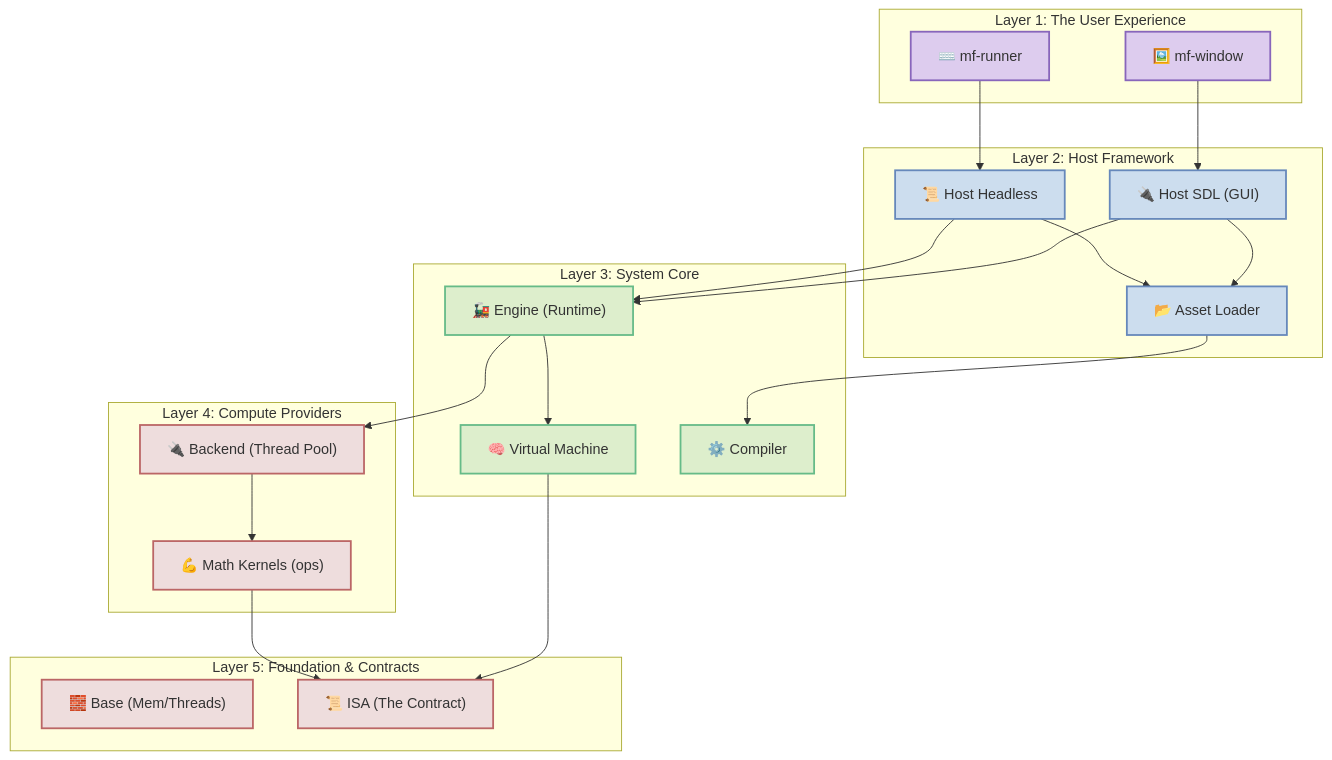
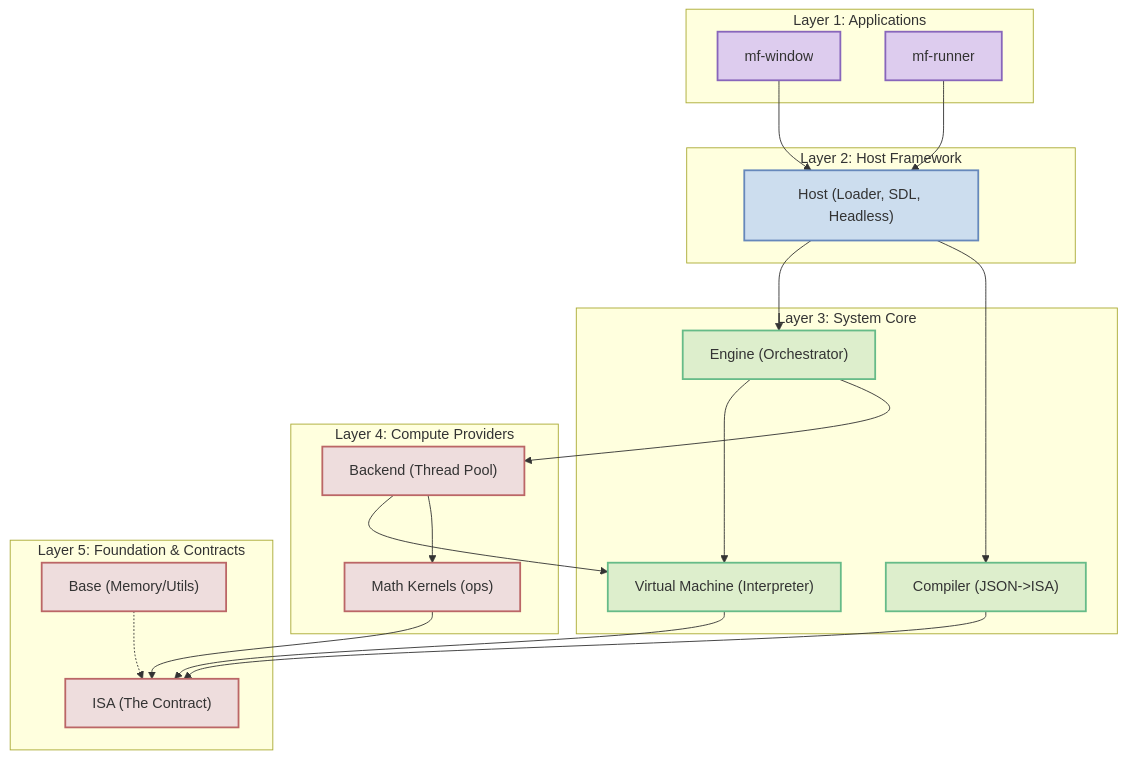
Before and after one commit to BinaryCat17/MathFlow: the second of 2 diagrams in docs/architecture.md, drawn with Mermaid.

Commit message:
Docs: Refactor Architecture Diagram to reflect Build Modules.
- Consolidated Host components into a single 'Host' module.
- Clarified build-time dependencies (Apps -> Host -> Engine/Compiler).
- Removed visual noise from internal class relationships.

````diff
--- a/docs/architecture.md
+++ b/docs/architecture.md
@@ -96,54 +96,58 @@
 ```mermaid
 graph TD
     %% Styles
     classDef layerApp fill:#dce,stroke:#86b,stroke-width:2px;
     classDef layerHost fill:#cde,stroke:#68b,stroke-width:2px;
     classDef layerCore fill:#dec,stroke:#6b8,stroke-width:2px;
     classDef layerBase fill:#edd,stroke:#b66,stroke-width:2px;
 
-    %% Layer 1: Apps
-    subgraph L1 ["Layer 1: The User Experience"]
-        App_GUI["🖼️ mf-window"]:::layerApp
-        App_CLI["⌨️ mf-runner"]:::layerApp
+    %% Layer 1: Apps (Executables)
+    subgraph L1 ["Layer 1: Applications"]
+        App_GUI["mf-window"]:::layerApp
+        App_CLI["mf-runner"]:::layerApp
     end
 
-    %% Layer 2: Host
+    %% Layer 2: Host (Integration Library)
     subgraph L2 ["Layer 2: Host Framework"]
-        HostHeadless["📜 Host Headless"]:::layerHost
-        HostSDL["🔌 Host SDL (GUI)"]:::layerHost
-        Loader["📂 Asset Loader"]:::layerHost
+        Host["Host (Loader, SDL, Headless)"]:::layerHost
     end
 
-    %% Layer 3: Core
+    %% Layer 3: Core (Logic)
     subgraph L3 ["Layer 3: System Core"]
-        Engine["🚂 Engine (Runtime)"]:::layerCore
-        VM["🧠 Virtual Machine"]:::layerCore
-        Compiler["⚙️ Compiler"]:::layerCore
+        Engine["Engine (Orchestrator)"]:::layerCore
+        Compiler["Compiler (JSON->ISA)"]:::layerCore
+        VM["Virtual Machine (Interpreter)"]:::layerCore
     end
 
-    %% Layer 4: Compute
+    %% Layer 4: Compute (Execution)
     subgraph L4 ["Layer 4: Compute Providers"]
-        Backend["🔌 Backend (Thread Pool)"]:::layerBase
-        Ops["💪 Math Kernels (ops)"]:::layerBase
+        Backend["Backend (Thread Pool)"]:::layerBase
+        Ops["Math Kernels (ops)"]:::layerBase
     end
 
-    %% Layer 5: Foundation
+    %% Layer 5: Contracts
     subgraph L5 ["Layer 5: Foundation & Contracts"]
-        Base["🧱 Base (Mem/Threads)"]:::layerBase
-        ISA["📜 ISA (The Contract)"]:::layerBase
+        ISA["ISA (The Contract)"]:::layerBase
+        Base["Base (Memory/Utils)"]:::layerBase
     end
 
-    %% Dependencies
-    App_GUI --> HostSDL
-    App_CLI --> HostHeadless
-    HostSDL --> Loader
-    HostHeadless --> Loader
-    HostSDL --> Engine
-    HostHeadless --> Engine
-    Loader --> Compiler
+    %% Dependencies (Build Time)
+    App_GUI --> Host
+    App_CLI --> Host
+    
+    Host --> Engine
+    Host --> Compiler
+    
     Engine --> VM
+    Engine --> Backend
+    
+    Backend --> VM
+    Backend --> Ops
+    
+    Compiler --> ISA
     VM --> ISA
     Ops --> ISA
-    Engine --> Backend
-    Backend --> Ops
+    
+    %% Base is implicit foundation
+    Base -.-> ISA
 ```
````
